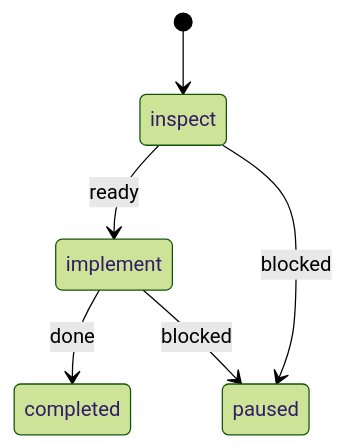
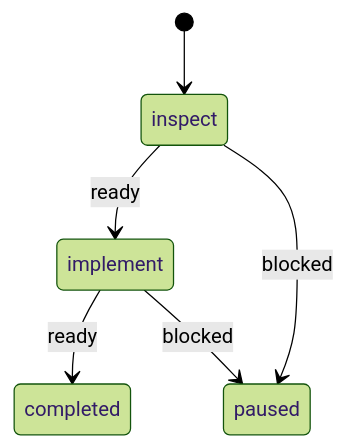
One commit to wichayutdew/pi-workflows changed the second of 7 diagrams in openwiki/authoring/workflow-files.md. Above: the diagram before and after it, drawn with Mermaid (forest theme). The commit also changed other lines of this file and 103 other files, not shown here.

````diff
--- a/openwiki/authoring/workflow-files.md
+++ b/openwiki/authoring/workflow-files.md
@@ -26,8 +25,8 @@
 ```mermaid
 stateDiagram-v2
   [*] --> inspect
   inspect --> implement: ready
   inspect --> paused: blocked
-  implement --> completed: done
+  implement --> completed: ready
   implement --> paused: blocked
 ```
````
